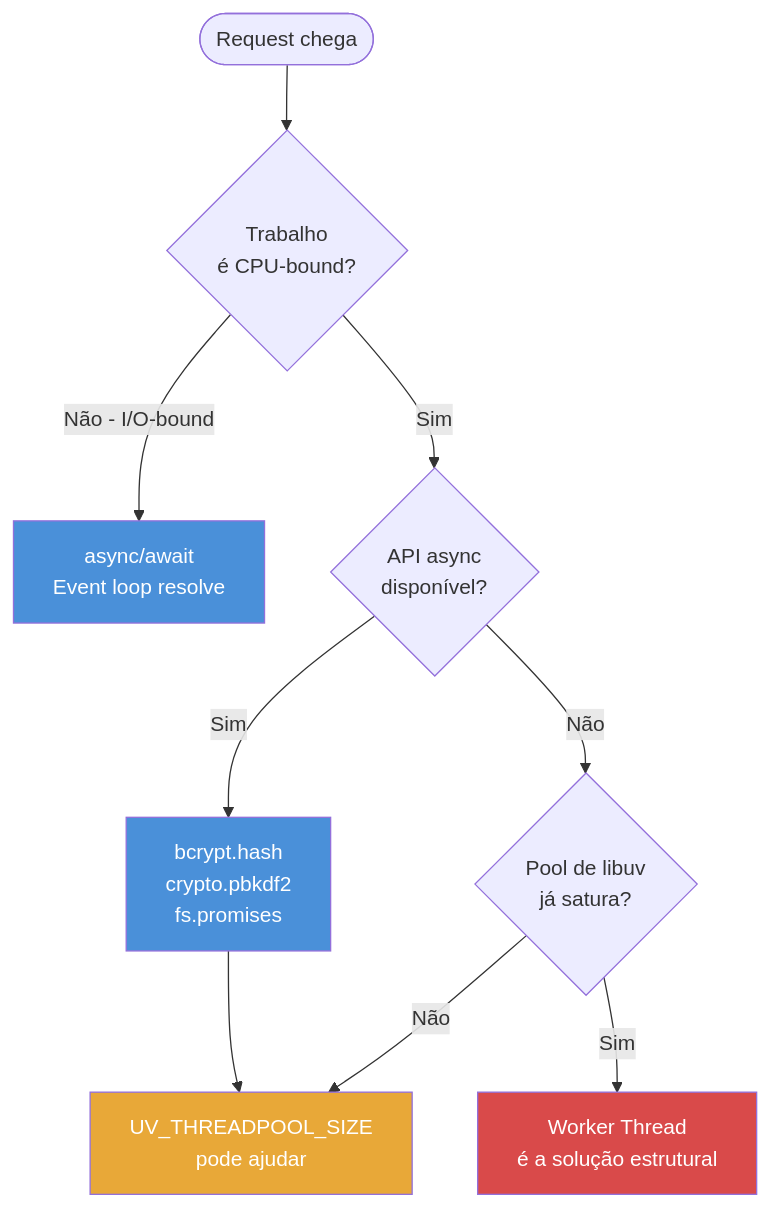
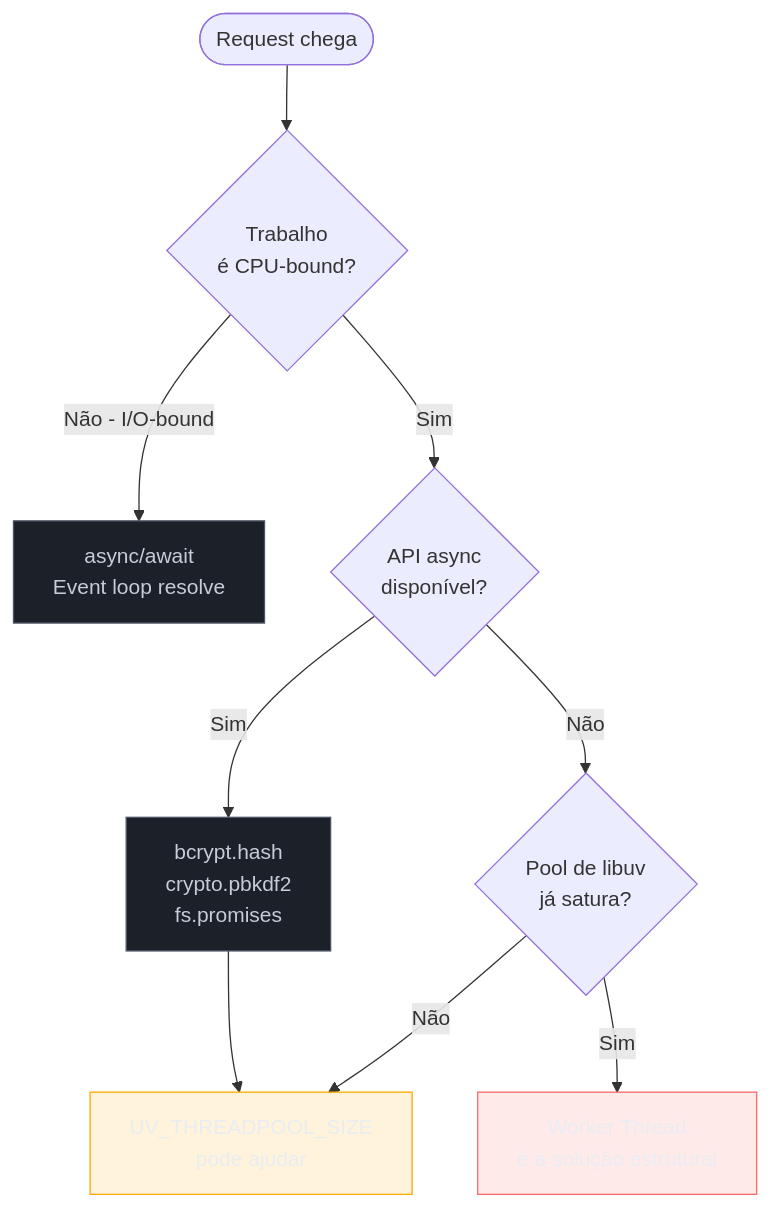
The diagram in 03-Dominios/Tecnologia/Node/Paralelismo/01 - Por que paralelismo em Node.md (josenaldo/codex-technomanticus), drawn with Mermaid before and after one commit. The commit also changed 1181 other files, not shown here.

First line of the commit message:
fix(diagramas): paleta do sistema no lugar de cor cravada no markdown

````diff
--- a/03-Dominios/Tecnologia/Node/Paralelismo/01 - Por que paralelismo em Node.md
+++ b/03-Dominios/Tecnologia/Node/Paralelismo/01 - Por que paralelismo em Node.md
@@ -64,16 +64,19 @@
 ```mermaid
 flowchart TD
+    classDef neutro fill:#1B2029,stroke:#4E5666,color:#C6CCD8
+    classDef destaque fill:#FFAA0024,stroke:#FFAA00,color:#E9ECF2
+    classDef falha fill:#FF6B6B24,stroke:#FF6B6B,color:#E9ECF2
     A([Request chega]) --> B{Trabalho\né CPU-bound?}
     B -->|Não - I/O-bound| C[async/await\nEvent loop resolve]
     B -->|Sim| D{API async\ndisponível?}
     D -->|Sim| E[bcrypt.hash\ncrypto.pbkdf2\nfs.promises]
     D -->|Não| F{Pool de libuv\njá satura?}
     E --> G[UV_THREADPOOL_SIZE\npode ajudar]
     F -->|Não| G
     F -->|Sim| H[Worker Thread\né a solução estrutural]
 
-    style C fill:#4A90D9,color:#fff
-    style E fill:#4A90D9,color:#fff
-    style G fill:#E8A838,color:#fff
-    style H fill:#D94A4A,color:#fff
+    class C neutro
+    class E neutro
+    class G destaque
+    class H falha
 ```
````
